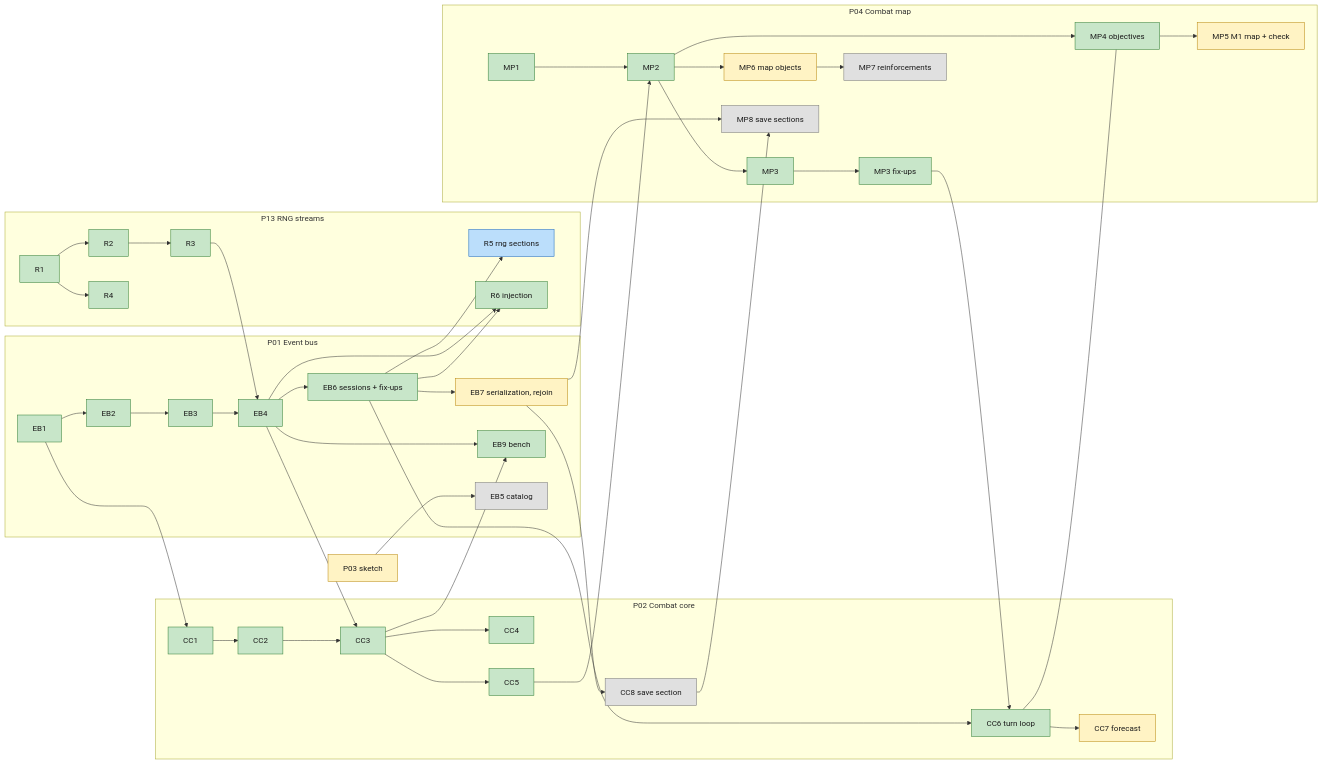
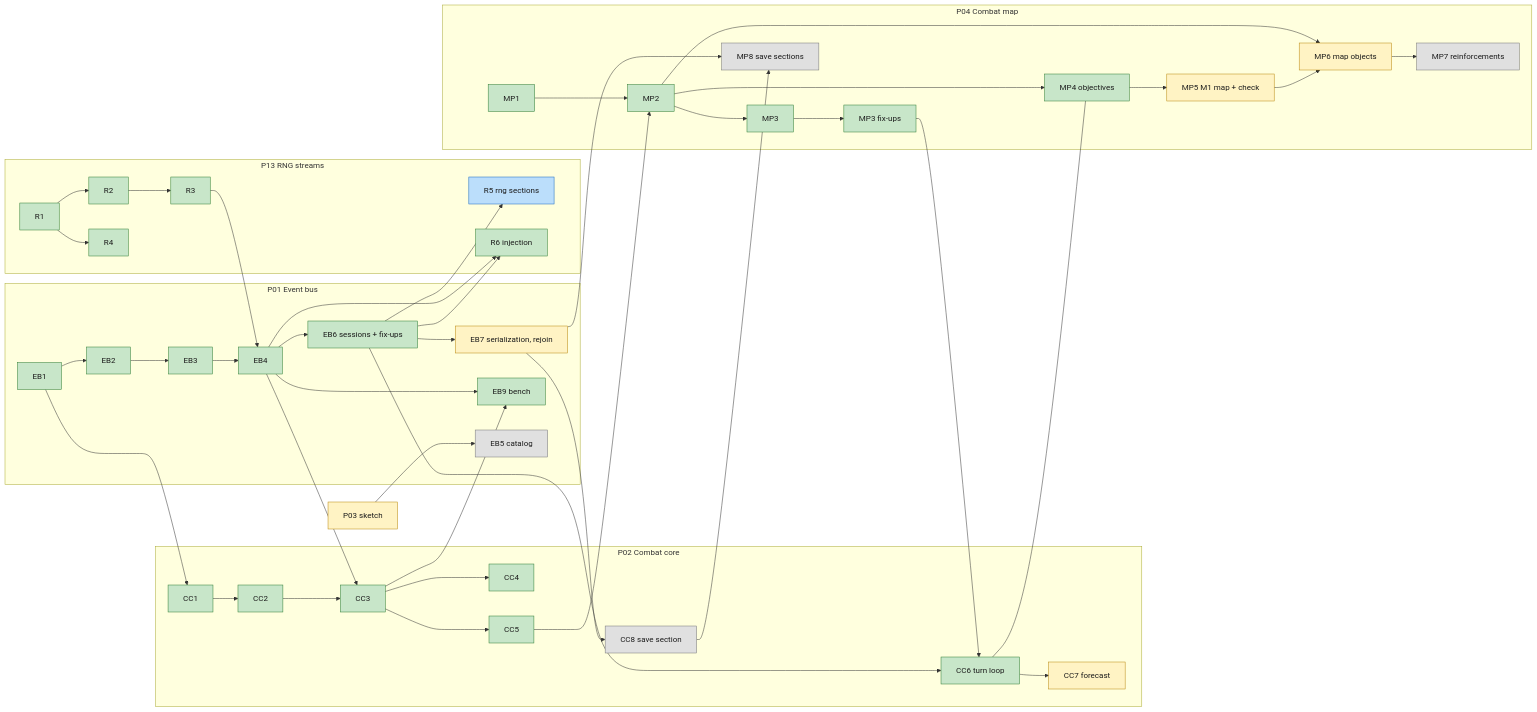
Before and after one commit to DevinHMurphy/bandit-bash: the second of 2 diagrams in docs/plans/game-orchestrator.md, drawn with Mermaid. The commit also changed other lines of this file and 1 other file, not shown here.

````diff
--- a/docs/plans/game-orchestrator.md
+++ b/docs/plans/game-orchestrator.md
@@ -168,58 +168,59 @@
 ```mermaid
 flowchart LR
   subgraph P13[P13 RNG streams]
     R1 --> R2 --> R3
     R1 --> R4
     R5[R5 rng sections]
     R6[R6 injection]
   end
   subgraph P01[P01 Event bus]
     EB1 --> EB2 --> EB3 --> EB4
     EB4 --> EB6[EB6 sessions + fix-ups]
     EB6 --> EB7[EB7 serialization, rejoin]
     EB4 --> EB9[EB9 bench]
     EB5[EB5 catalog]
   end
   subgraph P02[P02 Combat core]
     CC1 --> CC2 --> CC3
     CC3 --> CC4
     CC3 --> CC5
     CC6[CC6 turn loop]
     CC7[CC7 forecast]
     CC8[CC8 save section]
     CC6 --> CC7
   end
   subgraph P04[P04 Combat map]
     MP1 --> MP2 --> MP3
     MP3 --> MP3F[MP3 fix-ups]
     MP3F --> CC6
     MP2 --> MP4[MP4 objectives]
     MP4 --> MP5[MP5 M1 map + check]
     MP2 --> MP6[MP6 map objects]
+    MP5 --> MP6
     MP6 --> MP7[MP7 reinforcements]
     MP8[MP8 save sections]
   end
   P03S[P03 sketch] --> EB5
   R3 --> EB4
   EB1 --> CC1
   EB4 --> CC3
   CC3 --> EB9
   CC5 --> MP2
   EB6 --> CC6
   CC6 --- MP4
   EB6 --> R5
   EB4 --> R6
   EB6 --> R6
   EB7 --> CC8
   EB7 --> MP8
   CC8 --> MP8
 
   classDef done fill:#c8e6c9,stroke:#2e7d32,color:#1b1b1b
   classDef active fill:#bbdefb,stroke:#1565c0,color:#1b1b1b
   classDef ready fill:#fff3c4,stroke:#b8860b,color:#1b1b1b
   classDef waiting fill:#e0e0e0,stroke:#757575,color:#1b1b1b
   class R1,R2,R3,R4,R6,EB1,EB2,EB3,EB4,EB6,EB9,CC1,CC2,CC3,CC4,CC5,CC6,MP1,MP2,MP3,MP3F,MP4 done
   class R5 active
   class EB7,CC7,MP5,MP6,P03S ready
   class EB5,CC8,MP7,MP8 waiting
 ```
````
